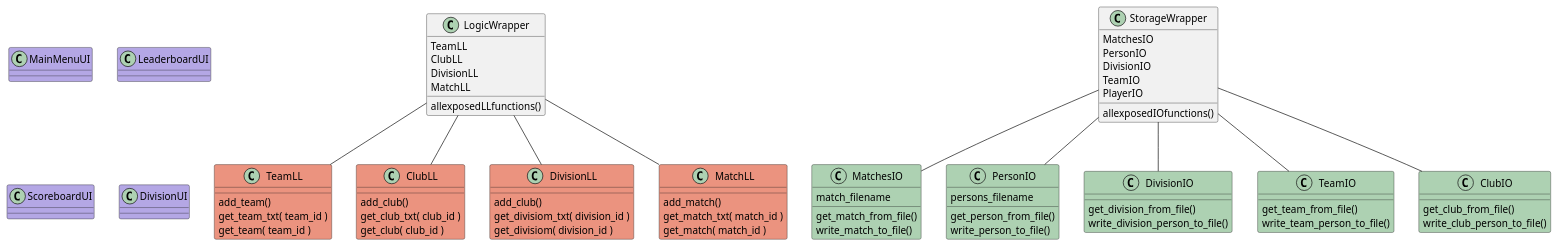
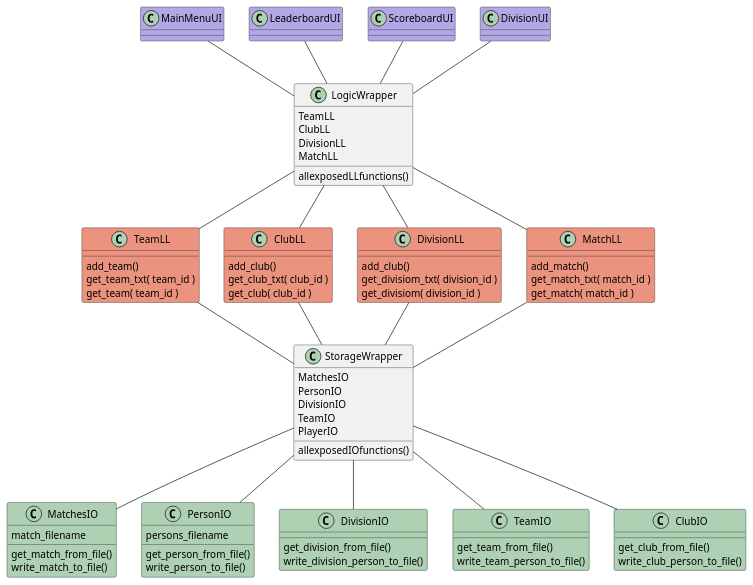
The diagram in Honnun/ClassDiagram/threeLayer.puml (StankWizardLizard/VNL1-2022-HOPUR-28), drawn with PlantUML before and after one commit.

Commit message:
cls diagram connections

```diff
--- a/Honnun/ClassDiagram/threeLayer.puml
+++ b/Honnun/ClassDiagram/threeLayer.puml
@@ -1,91 +1,100 @@
 @startuml
 
 class MainMenuUI  #B4a7e5
 class LeaderboardUI #B4a7e5
 class ScoreboardUI #B4a7e5
 class DivisionUI #B4a7e5
 
 class LogicWrapper{
     TeamLL
     ClubLL
     DivisionLL
     MatchLL
     allexposedLLfunctions()
 }
 
 class TeamLL #EB937F{
     add_team()
     get_team_txt( team_id )
     get_team( team_id )
 }
 
 class ClubLL #EB937F {
     add_club()
     get_club_txt( club_id )
     get_club( club_id )
 }
 
 class DivisionLL #EB937F {
     add_club()
     get_divisiom_txt( division_id )
     get_divisiom( division_id )
 }
 
 class MatchLL #EB937F{
     add_match()
     get_match_txt( match_id )   
     get_match( match_id )   
 }
 
 LogicWrapper -- TeamLL
 LogicWrapper -- ClubLL
 LogicWrapper -- DivisionLL
 LogicWrapper -- MatchLL
 
+MainMenuUI  --  LogicWrapper
+LeaderboardUI -- LogicWrapper
+ScoreboardUI -- LogicWrapper
+DivisionUI -- LogicWrapper
+
+TeamLL -- StorageWrapper 
+ClubLL -- StorageWrapper 
+DivisionLL -- StorageWrapper 
+MatchLL -- StorageWrapper 
 
 /'
 Storage layer
 '/
 class StorageWrapper{
     MatchesIO
     PersonIO
     DivisionIO
     TeamIO
     PlayerIO
     allexposedIOfunctions()
 
 }
 
 class MatchesIO #ADD1b2{
     match_filename
     get_match_from_file()
     write_match_to_file()
 
 }
 class PersonIO #ADD1b2{
     persons_filename
     get_person_from_file()
     write_person_to_file()
 
 }
 class DivisionIO #ADD1b2{
     get_division_from_file()
     write_division_person_to_file()
 }
 class TeamIO  #ADD1b2  {
     get_team_from_file()
     write_team_person_to_file()
 }
 class ClubIO  #ADD1b2 {
     get_club_from_file()
     write_club_person_to_file()
 
 }
 
 StorageWrapper -- MatchesIO
 StorageWrapper -- PersonIO
 StorageWrapper -- DivisionIO
 StorageWrapper -- TeamIO
 StorageWrapper -- ClubIO
 
 @enduml
```
